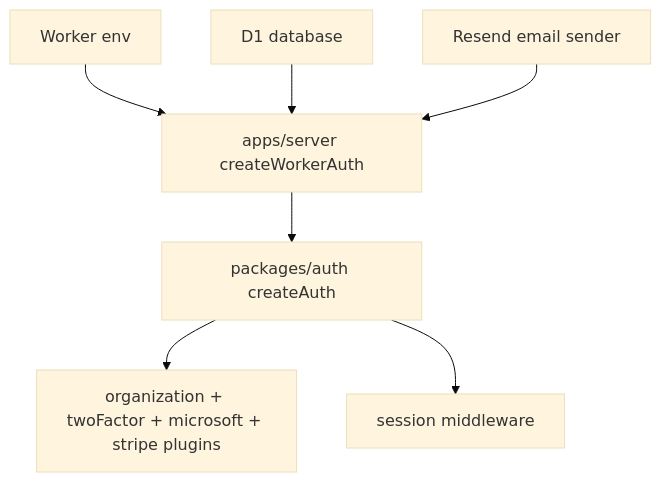
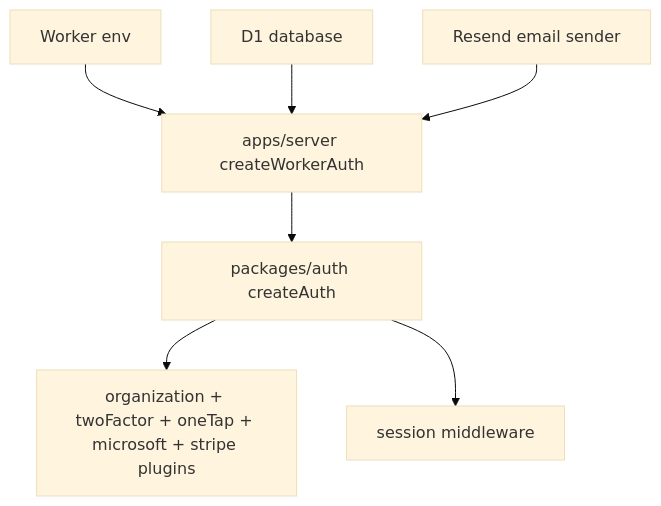
Before and after one commit to langgenius/due-date-hq-jhx-lyz: the first of 4 diagrams in docs/project-modules/08-auth-identity.md, drawn with Mermaid (base theme). The commit also changed other lines of this file and 15 other files, not shown here.

Commit message:
feat: add google one tap login

````diff
--- a/docs/project-modules/08-auth-identity.md
+++ b/docs/project-modules/08-auth-identity.md
@@ -103,17 +105,17 @@
 ```mermaid
 flowchart TB
   Env["Worker env"]
   ServerAuth["apps/server createWorkerAuth"]
   CreateAuth["packages/auth createAuth"]
   DB["D1 database"]
   Email["Resend email sender"]
-  Plugins["organization + twoFactor + microsoft + stripe plugins"]
+  Plugins["organization + twoFactor + oneTap + microsoft + stripe plugins"]
   Middleware["session middleware"]
 
   Env --> ServerAuth
   DB --> ServerAuth
   Email --> ServerAuth
   ServerAuth --> CreateAuth
   CreateAuth --> Plugins
   CreateAuth --> Middleware
 ```
````
